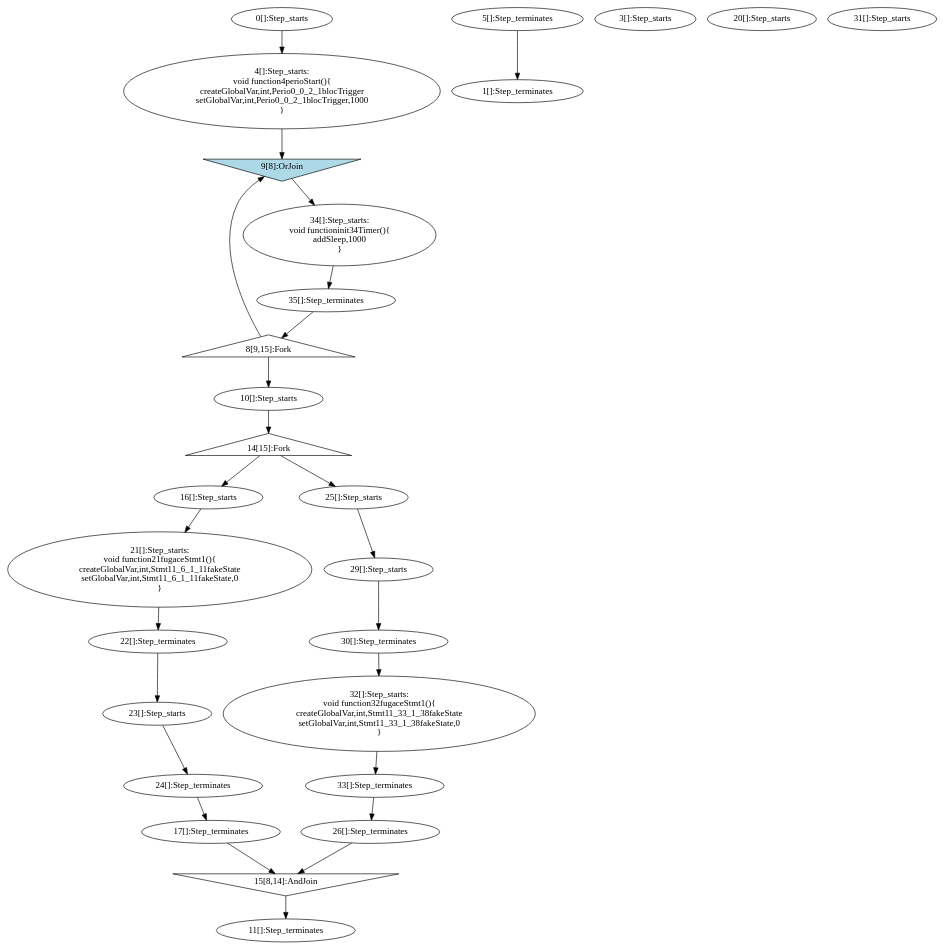
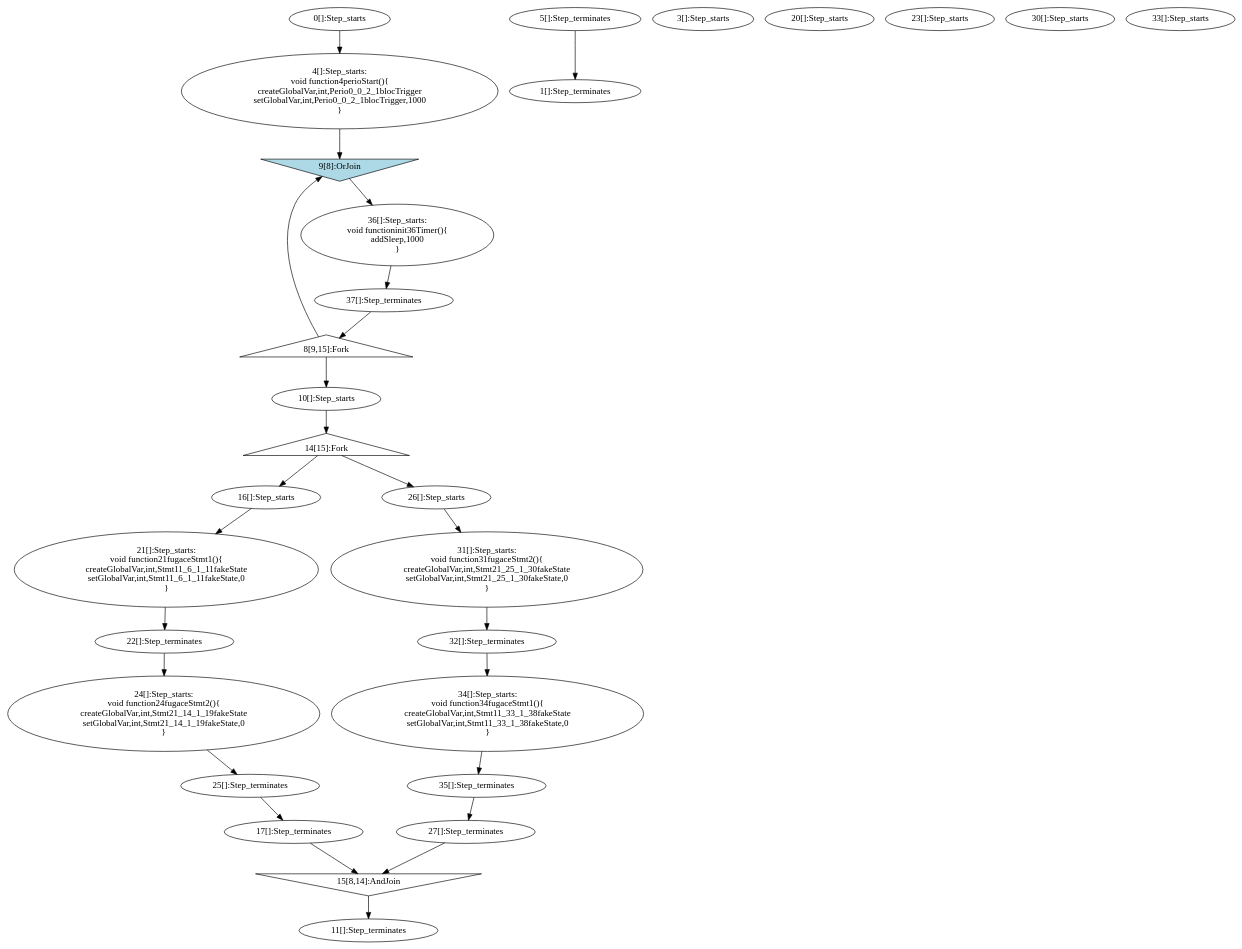
One commit to jdeantoni/TCOS.lang changed the diagram in examples/programs/generated/test1.dot. Above: the diagram before and after it, drawn with Graphviz. The commit also changed 16 other files, not shown here.

```diff
--- a/examples/programs/generated/test1.dot
+++ b/examples/programs/generated/test1.dot
@@ -1,68 +1,78 @@
 digraph G {
   "0" [label="0[]:Step_starts" shape="ellipse" ];
   "1" [label="1[]:Step_terminates" shape="ellipse" ];
   "3" [label="3[]:Step_starts" shape="ellipse" ];
   "4" [label="4[]:Step_starts:
 void function4perioStart(){
 createGlobalVar,int,Perio0_0_2_1blocTrigger
 setGlobalVar,int,Perio0_0_2_1blocTrigger,1000
 }" shape="ellipse" ];
   "5" [label="5[]:Step_terminates" shape="ellipse" ];
   "8" [label="8[9,15]:Fork" shape="triangle" ];
   "9" [label="9[8]:OrJoin" shape="invtriangle" style="filled" fillcolor="lightblue"];
-  "34" [label="34[]:Step_starts:
-void functioninit34Timer(){
+  "36" [label="36[]:Step_starts:
+void functioninit36Timer(){
 addSleep,1000
 }" shape="ellipse" ];
-  "35" [label="35[]:Step_terminates" shape="ellipse" ];
+  "37" [label="37[]:Step_terminates" shape="ellipse" ];
   "10" [label="10[]:Step_starts" shape="ellipse" ];
   "11" [label="11[]:Step_terminates" shape="ellipse" ];
   "14" [label="14[15]:Fork" shape="triangle" ];
   "15" [label="15[8,14]:AndJoin" shape="invtriangle" ];
   "16" [label="16[]:Step_starts" shape="ellipse" ];
   "17" [label="17[]:Step_terminates" shape="ellipse" ];
-  "25" [label="25[]:Step_starts" shape="ellipse" ];
-  "26" [label="26[]:Step_terminates" shape="ellipse" ];
+  "26" [label="26[]:Step_starts" shape="ellipse" ];
+  "27" [label="27[]:Step_terminates" shape="ellipse" ];
   "20" [label="20[]:Step_starts" shape="ellipse" ];
   "21" [label="21[]:Step_starts:
 void function21fugaceStmt1(){
 createGlobalVar,int,Stmt11_6_1_11fakeState
 setGlobalVar,int,Stmt11_6_1_11fakeState,0
 }" shape="ellipse" ];
   "22" [label="22[]:Step_terminates" shape="ellipse" ];
   "23" [label="23[]:Step_starts" shape="ellipse" ];
-  "24" [label="24[]:Step_terminates" shape="ellipse" ];
-  "29" [label="29[]:Step_starts" shape="ellipse" ];
-  "30" [label="30[]:Step_terminates" shape="ellipse" ];
-  "31" [label="31[]:Step_starts" shape="ellipse" ];
-  "32" [label="32[]:Step_starts:
-void function32fugaceStmt1(){
+  "24" [label="24[]:Step_starts:
+void function24fugaceStmt2(){
+createGlobalVar,int,Stmt21_14_1_19fakeState
+setGlobalVar,int,Stmt21_14_1_19fakeState,0
+}" shape="ellipse" ];
+  "25" [label="25[]:Step_terminates" shape="ellipse" ];
+  "30" [label="30[]:Step_starts" shape="ellipse" ];
+  "31" [label="31[]:Step_starts:
+void function31fugaceStmt2(){
+createGlobalVar,int,Stmt21_25_1_30fakeState
+setGlobalVar,int,Stmt21_25_1_30fakeState,0
+}" shape="ellipse" ];
+  "32" [label="32[]:Step_terminates" shape="ellipse" ];
+  "33" [label="33[]:Step_starts" shape="ellipse" ];
+  "34" [label="34[]:Step_starts:
+void function34fugaceStmt1(){
 createGlobalVar,int,Stmt11_33_1_38fakeState
 setGlobalVar,int,Stmt11_33_1_38fakeState,0
 }" shape="ellipse" ];
-  "33" [label="33[]:Step_terminates" shape="ellipse" ];
+  "35" [label="35[]:Step_terminates" shape="ellipse" ];
   "0" -> "4" [label=""];
   "5" -> "1" [label=""];
   "4" -> "9" [label=""];
-  "35" -> "8" [label=""];
+  "37" -> "8" [label=""];
   "8" -> "10" [label=""];
   "8" -> "9" [label=""];
-  "9" -> "34" [label=""];
-  "34" -> "35" [label=""];
+  "9" -> "36" [label=""];
+  "36" -> "37" [label=""];
   "10" -> "14" [label=""];
   "14" -> "16" [label=""];
-  "14" -> "25" [label=""];
+  "14" -> "26" [label=""];
   "17" -> "15" [label=""];
-  "26" -> "15" [label=""];
+  "27" -> "15" [label=""];
   "15" -> "11" [label=""];
   "16" -> "21" [label=""];
-  "22" -> "23" [label=""];
-  "24" -> "17" [label=""];
-  "25" -> "29" [label=""];
-  "30" -> "32" [label=""];
-  "33" -> "26" [label=""];
+  "22" -> "24" [label=""];
+  "25" -> "17" [label=""];
+  "26" -> "31" [label=""];
+  "32" -> "34" [label=""];
+  "35" -> "27" [label=""];
   "21" -> "22" [label=""];
-  "23" -> "24" [label=""];
-  "29" -> "30" [label=""];
-  "32" -> "33" [label=""];
+  "24" -> "25" [label=""];
+  "31" -> "32" [label=""];
+  "34" -> "35" [label=""];
 }
```
